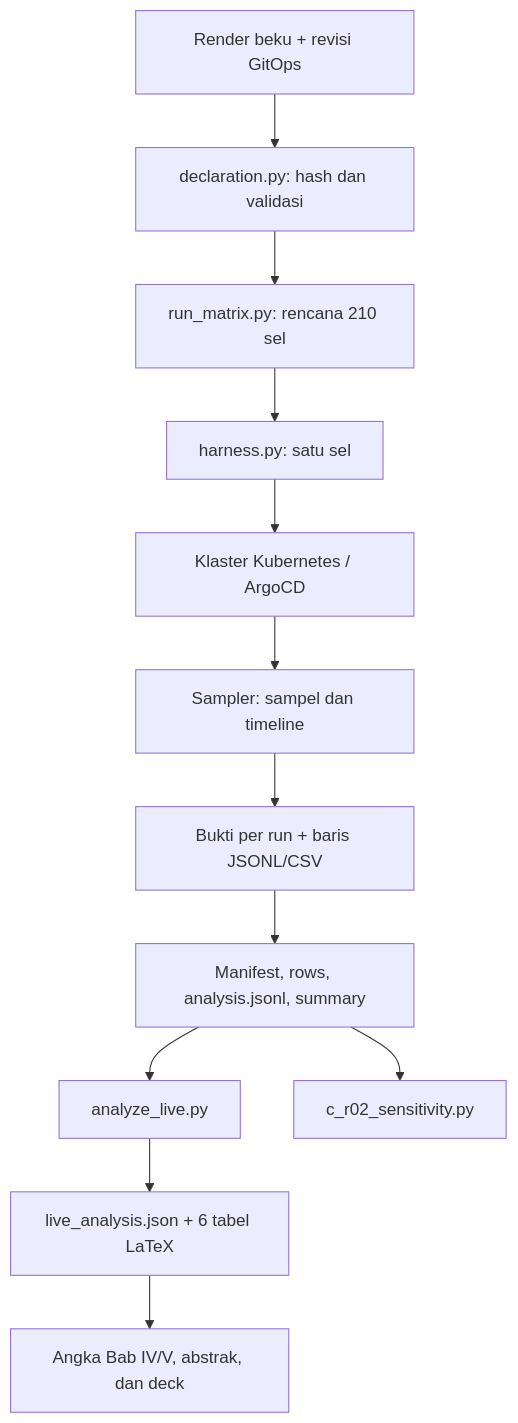
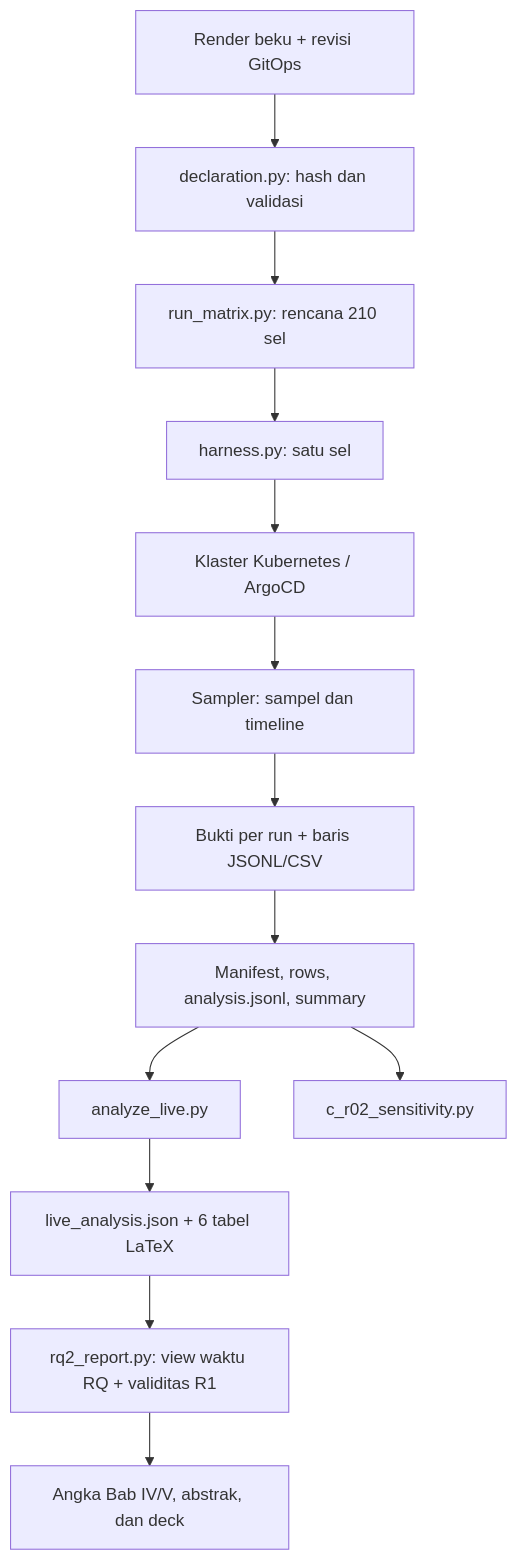
Before and after one commit to vityasyyy/skripsi: the first of 2 diagrams in experiments/ARCHITECTURE.md, drawn with Mermaid. The commit also changed other lines of this file and 48 other files, not shown here.

````diff
--- a/experiments/ARCHITECTURE.md
+++ b/experiments/ARCHITECTURE.md
@@ -25,14 +26,15 @@
 ```mermaid
 flowchart TD
     F[Render beku + revisi GitOps] --> D[declaration.py: hash dan validasi]
     D --> P[run_matrix.py: rencana 210 sel]
     P --> H[harness.py: satu sel]
     H --> K[Klaster Kubernetes / ArgoCD]
     K --> C[Sampler: sampel dan timeline]
     C --> E[Bukti per run + baris JSONL/CSV]
     E --> B[Manifest, rows, analysis.jsonl, summary]
     B --> A[analyze_live.py]
     A --> O[live_analysis.json + 6 tabel LaTeX]
-    O --> T[Angka Bab IV/V, abstrak, dan deck]
+    O --> R[rq2_report.py: view waktu RQ + validitas R1]
+    R --> T[Angka Bab IV/V, abstrak, dan deck]
     B --> S[c_r02_sensitivity.py]
 ```
````
